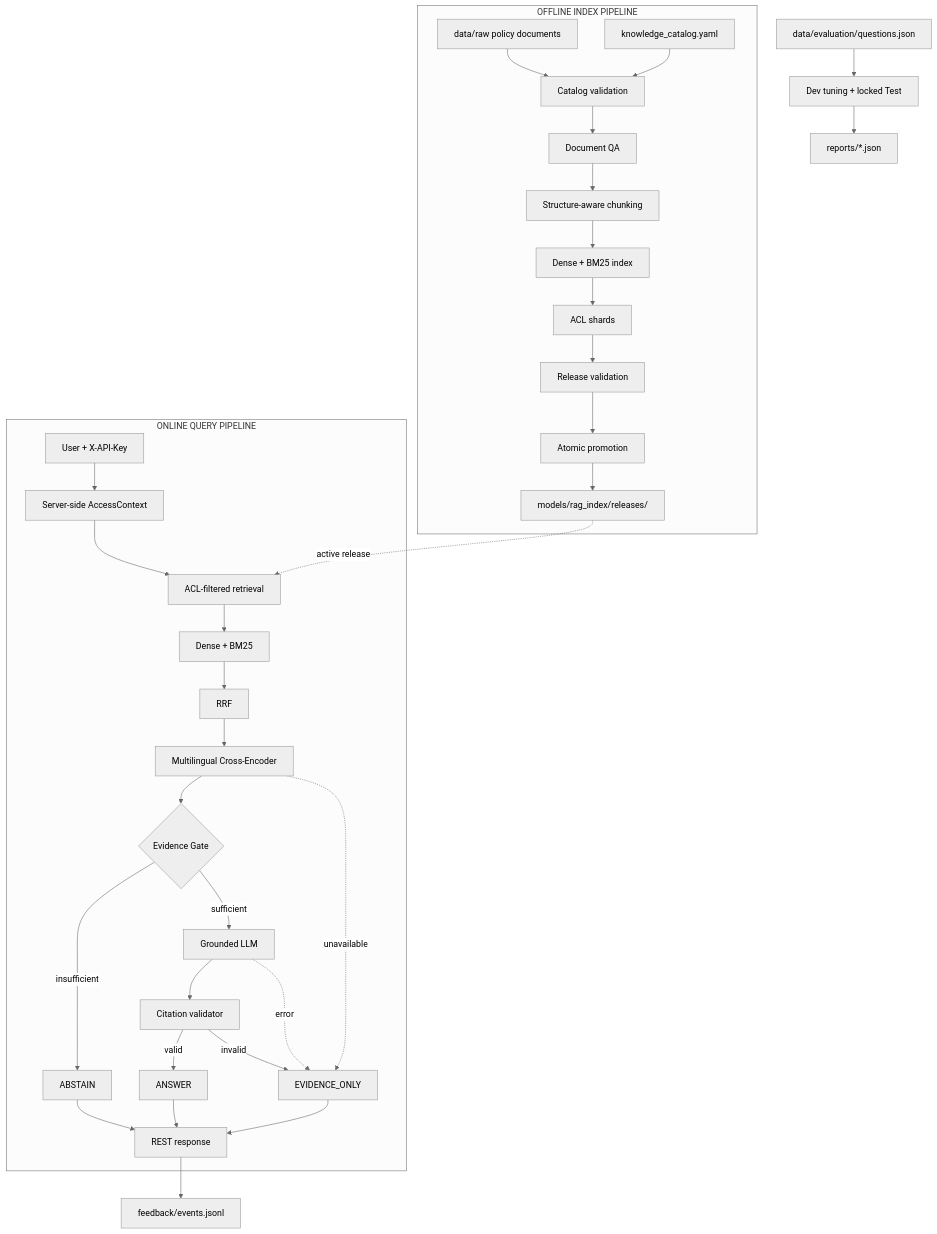
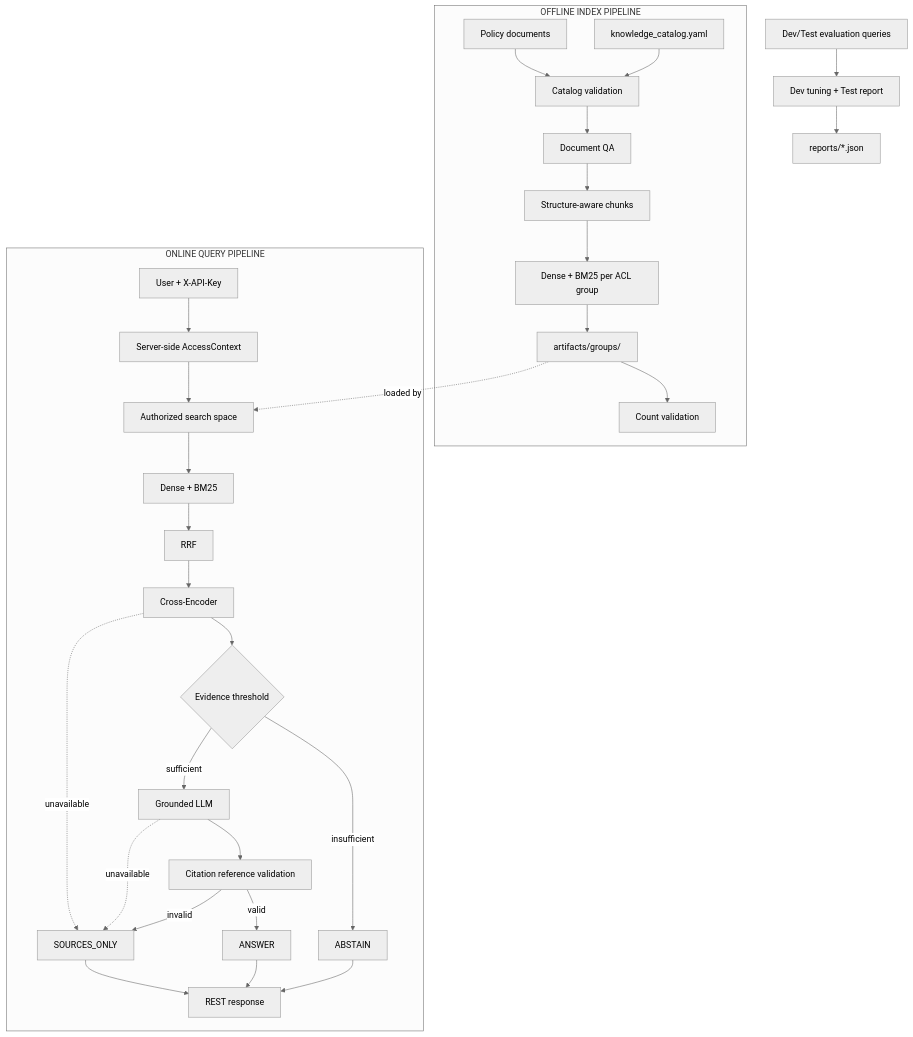
Before and after one commit to haminhthong/test-repo1: the diagram in README.md, drawn with Mermaid (neutral theme). The commit also changed other lines of this file and 33 other files, not shown here.

```diff
--- a/README.md
+++ b/README.md
@@ -59,38 +39,35 @@
 ~~~mermaid
 flowchart TD
     subgraph OFFLINE["OFFLINE INDEX PIPELINE"]
-        D["data/raw policy documents"] --> C["Catalog validation"]
+        D["Policy documents"] --> C["Catalog validation"]
         M["knowledge_catalog.yaml"] --> C
         C --> Q["Document QA"]
-        Q --> K["Structure-aware chunking"]
-        K --> I["Dense + BM25 index"]
-        I --> S["ACL shards"]
-        S --> V["Release validation"]
-        V --> P["Atomic promotion"]
-        P --> R["models/rag_index/releases/<version>"]
+        Q --> K["Structure-aware chunks"]
+        K --> I["Dense + BM25 per ACL group"]
+        I --> A["artifacts/groups/<group>"]
+        A --> V["Count validation"]
     end
 
     subgraph ONLINE["ONLINE QUERY PIPELINE"]
-        U["User + X-API-Key"] --> A["Server-side AccessContext"]
-        A --> AR["ACL-filtered retrieval"]
-        AR --> H["Dense + BM25"]
-        H --> F["RRF"]
-        F --> X["Multilingual Cross-Encoder"]
-        X --> G{"Evidence Gate"}
+        U["User + X-API-Key"] --> X["Server-side AccessContext"]
+        X --> F["Authorized search space"]
+        F --> H["Dense + BM25"]
+        H --> R["RRF"]
+        R --> E["Cross-Encoder"]
+        E --> G{"Evidence threshold"}
         G -->|insufficient| AB["ABSTAIN"]
         G -->|sufficient| L["Grounded LLM"]
-        L --> CV["Citation validator"]
+        L --> CV["Citation reference validation"]
         CV -->|valid| AN["ANSWER"]
-        CV -->|invalid| EO["EVIDENCE_ONLY"]
-        X -. unavailable .-> EO
-        L -. error .-> EO
-        AB --> OUT["REST response"]
-        AN --> OUT
-        EO --> OUT
+        CV -->|invalid| SO["SOURCES_ONLY"]
+        E -. unavailable .-> SO
+        L -. unavailable .-> SO
+        AB --> O["REST response"]
+        AN --> O
+        SO --> O
     end
 
-    R -. active release .-> AR
-    E["data/evaluation/questions.json"] --> T["Dev tuning + locked Test"]
+    A -. loaded by .-> F
+    B["Dev/Test evaluation queries"] --> T["Dev tuning + Test report"]
     T --> J["reports/*.json"]
-    OUT --> FB["feedback/events.jsonl"]
 ~~~
```
